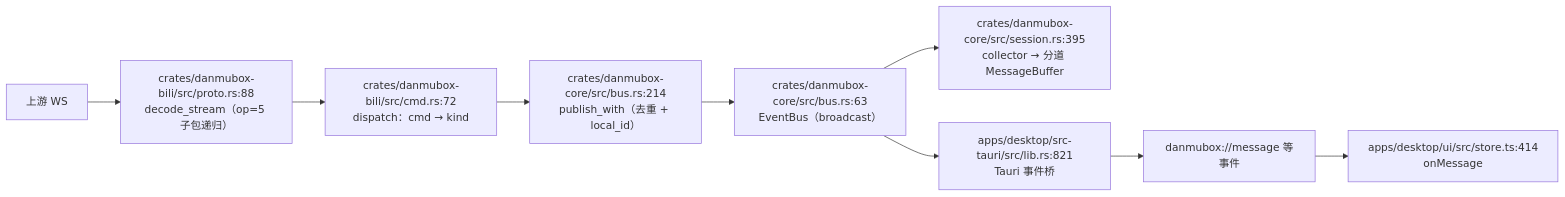
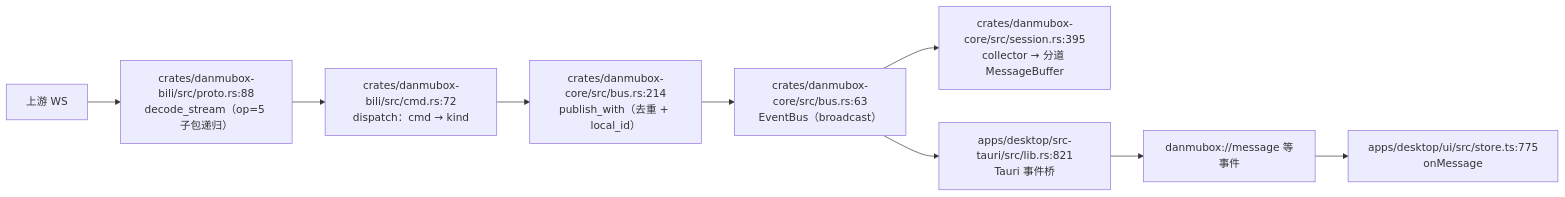
Before and after one commit to HakaseZ/danmubox: the fifth of 6 diagrams in docs/architecture.md, drawn with Mermaid. The commit also changed other lines of this file and 4 other files, not shown here.

````diff
--- a/docs/architecture.md
+++ b/docs/architecture.md
@@ -270,11 +270,11 @@
 ```mermaid
 graph LR
   UP["上游 WS"] --> DEC["crates/danmubox-bili/src/proto.rs:88<br/>decode_stream（op=5 子包递归）"]
   DEC --> CMD["crates/danmubox-bili/src/cmd.rs:72<br/>dispatch：cmd → kind"]
   CMD --> SINK["crates/danmubox-core/src/bus.rs:214<br/>publish_with（去重 + local_id）"]
   SINK --> BUS["crates/danmubox-core/src/bus.rs:63<br/>EventBus（broadcast）"]
   BUS --> BUF["crates/danmubox-core/src/session.rs:395<br/>collector → 分道 MessageBuffer"]
   BUS --> BRIDGE["apps/desktop/src-tauri/src/lib.rs:821<br/>Tauri 事件桥"]
   BRIDGE --> EVT["danmubox://message 等事件"]
-  EVT --> STORE["apps/desktop/ui/src/store.ts:414<br/>onMessage"]
+  EVT --> STORE["apps/desktop/ui/src/store.ts:775<br/>onMessage"]
 ```
````
